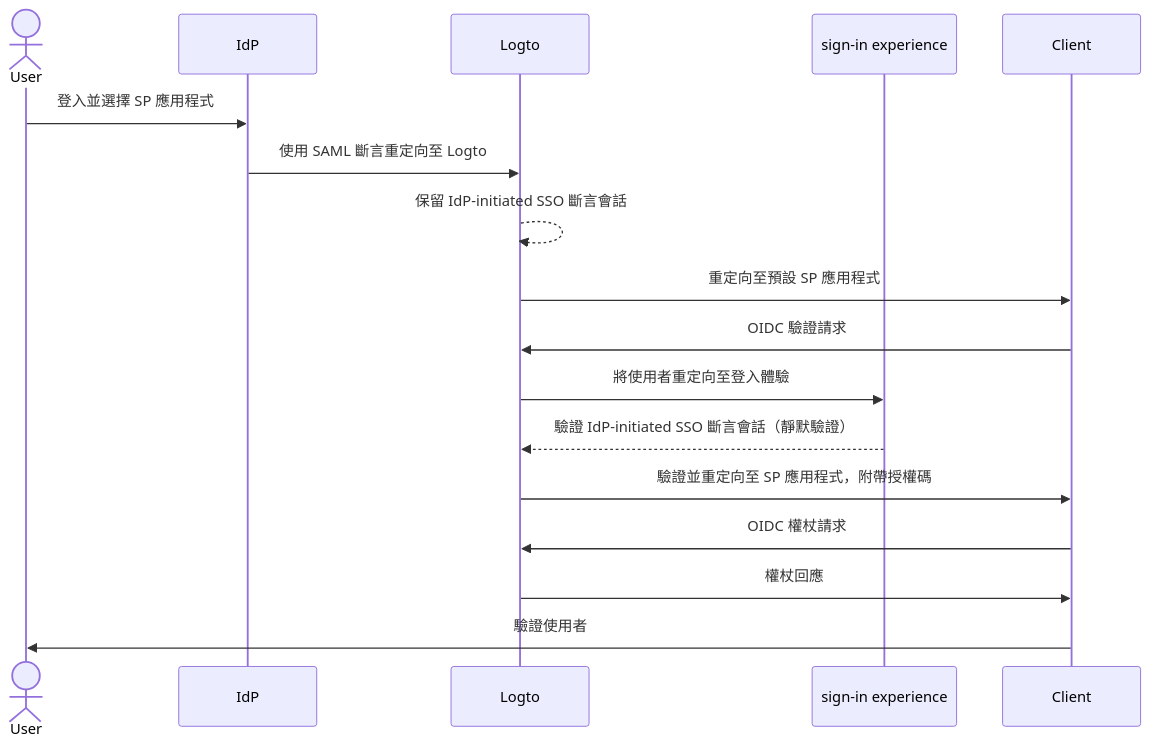
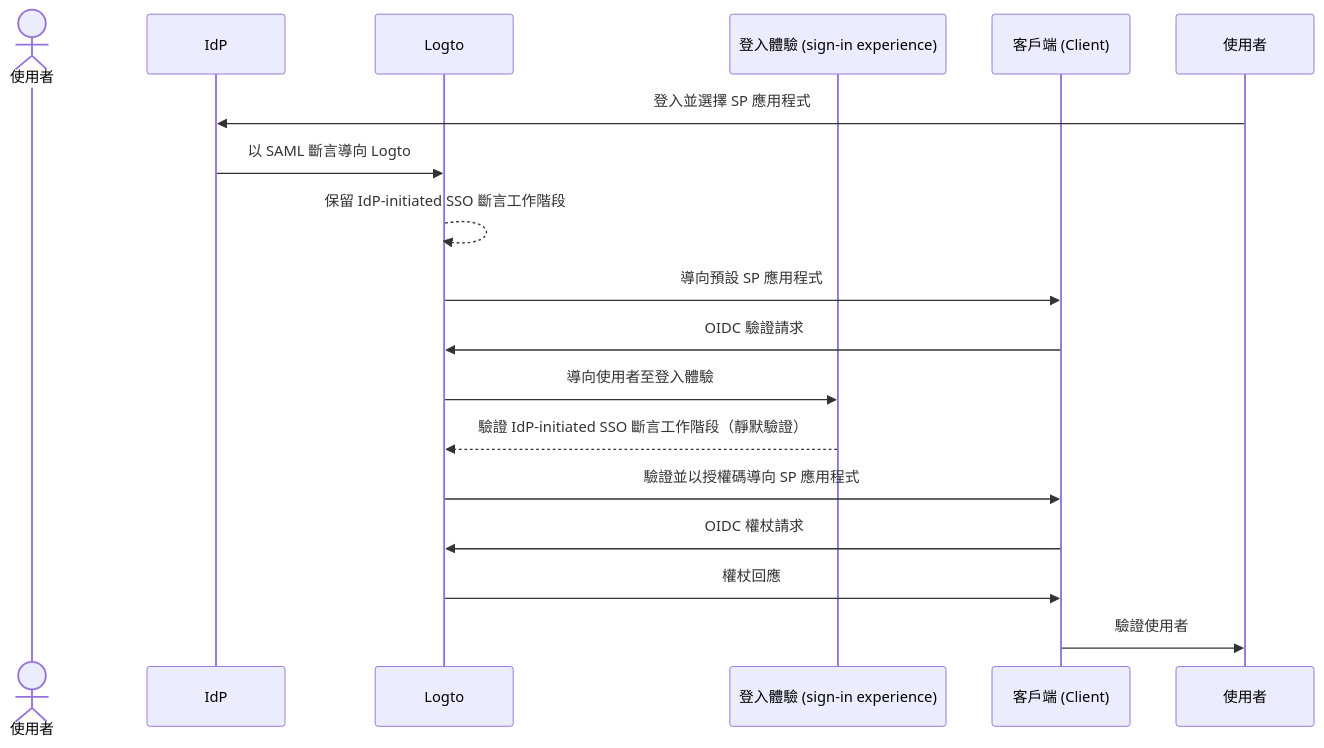
One commit to logto-io/docs changed the first of 2 diagrams in i18n/zh-TW/docusaurus-plugin-content-docs/current/end-user-flows/enterprise-sso/idp-initiated-sso.mdx. Above: the diagram before and after it, drawn with Mermaid. The commit also changed other lines of this file and 666 other files, not shown here.

````diff
--- a/i18n/zh-TW/docusaurus-plugin-content-docs/current/end-user-flows/enterprise-sso/idp-initiated-sso.mdx
+++ b/i18n/zh-TW/docusaurus-plugin-content-docs/current/end-user-flows/enterprise-sso/idp-initiated-sso.mdx
@@ -60,20 +60,20 @@
 ```mermaid
 sequenceDiagram
-    actor User
+    actor User as 使用者
     participant IdP as IdP
     participant Logto as Logto
-    participant Experience as sign-in experience
-    participant SP as Client
+    participant Experience as 登入體驗 (sign-in experience)
+    participant SP as 客戶端 (Client)
 
-    User->>IdP: 登入並選擇 SP 應用程式
-    IdP->>Logto: 使用 SAML 斷言重定向至 Logto
-    Logto-->>Logto: 保留 IdP-initiated SSO 斷言會話
-    Logto->>SP: 重定向至預設 SP 應用程式
+    使用者->>IdP: 登入並選擇 SP 應用程式
+    IdP->>Logto: 以 SAML 斷言導向 Logto
+    Logto-->>Logto: 保留 IdP-initiated SSO 斷言工作階段
+    Logto->>SP: 導向預設 SP 應用程式
     SP->>Logto: OIDC 驗證請求
-    Logto->>Experience: 將使用者重定向至登入體驗
-    Experience-->>Logto: 驗證 IdP-initiated SSO 斷言會話（靜默驗證）
-    Logto->>SP: 驗證並重定向至 SP 應用程式，附帶授權碼
+    Logto->>Experience: 導向使用者至登入體驗
+    Experience-->>Logto: 驗證 IdP-initiated SSO 斷言工作階段（靜默驗證）
+    Logto->>SP: 驗證並以授權碼導向 SP 應用程式
     SP->>Logto: OIDC 權杖請求
     Logto->>SP: 權杖回應
-    SP->>User: 驗證使用者
+    SP->>使用者: 驗證使用者
 ```
````
